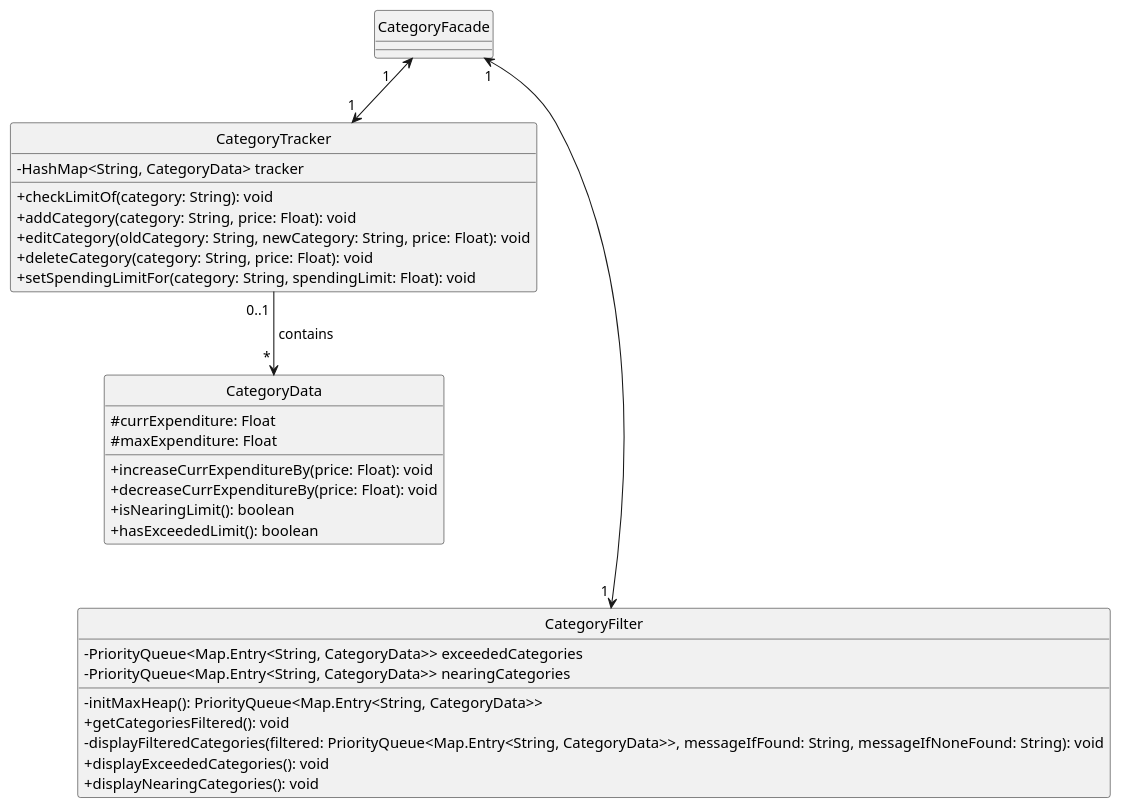
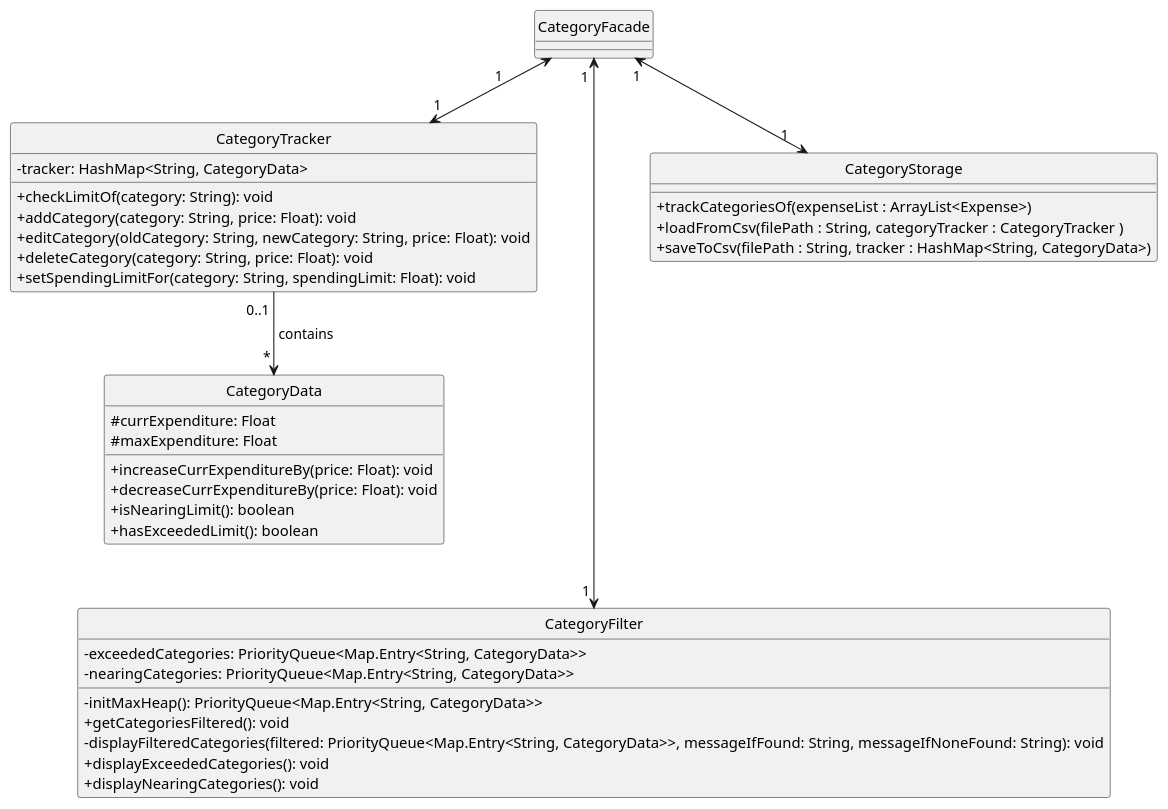
Before and after one commit to nus-cs2113-AY2425S1/tp: the diagram in docs/diagrams/plantuml/CategoryClasses ClassUML.puml, drawn with PlantUML. The commit also changed 1 other file, not shown here.

Commit message:
Update class UML diagram for category package

```diff
--- a/docs/diagrams/plantuml/CategoryClasses ClassUML.puml
+++ b/docs/diagrams/plantuml/CategoryClasses ClassUML.puml
@@ -1,70 +1,81 @@
 @startuml
 skinparam classAttributeIconSize 0
 hide circle
 
 ' class "<<Facade>> \n CategoryFacade" {
 class CategoryFacade {
-'    # categoryTracker : CategoryTracker
-'    # categoryFilter : CategoryFilter
-'    # categoryStorage : CategoryStorage
+'    # categoryTracker: CategoryTracker
+'    # categoryFilter: CategoryFilter
+'    # categoryStorage: CategoryStorage
 
 '    + CategoryFacade()
 '    + getCategoryTracker(): CategoryTracker
 '    + addCategory(category: String, price: float) : void
 '    + deleteCategory(category: String, price: Float) : void
 '    + editCategory(oldCategory: String, newCategory: String, price: float) : void
 '    + loadCategoryInfo(expenseList: ExpenseList) : void
 '    + displayFilteredCategories() : void
 '    + saveCategoryInfo() : void
 '    + setCategorySpendingLimit(category: String, limit: float) : void
 }
 
 class CategoryTracker {
-    - HashMap<String, CategoryData> tracker
+    - tracker: HashMap<String, CategoryData>
+'    - categoryFacade: CategoryFacade
 
 '    + CategoryTracker()
 '    + getTracker(): HashMap<String, CategoryData>
 '    + size(): int
 '    + contains(category: String): boolean
 '    + getCategoryDataOf(category: String): CategoryData
     + checkLimitOf(category: String): void
     + addCategory(category: String, price: Float): void
     + editCategory(oldCategory: String, newCategory: String, price: Float): void
     + deleteCategory(category: String, price: Float): void
     + setSpendingLimitFor(category: String, spendingLimit: Float): void
 }
 
 class CategoryData {
     # currExpenditure: Float
     # maxExpenditure: Float
 
 '    + CategoryData(currExpenditure: Float): CategoryData
 '    + CategoryData(currExpenditure: Float, maxExpenditure: Float): CategoryData
 '    + getCurrExpenditure(): Float
 '    + getMaxExpenditure(): Float
 '    + setCurrExpenditure(currExpenditure: Float): void
 '    + setMaxExpenditure(maxExpenditure: Float): void
     + increaseCurrExpenditureBy(price: Float): void
     + decreaseCurrExpenditureBy(price: Float): void
     + isNearingLimit(): boolean
     + hasExceededLimit(): boolean
 }
 
 class CategoryFilter {
-'    - CategoryFacade categoryFacade
-    - PriorityQueue<Map.Entry<String, CategoryData>> exceededCategories
-    - PriorityQueue<Map.Entry<String, CategoryData>> nearingCategories
+'    - categoryFacade : CategoryFacade
+    - exceededCategories: PriorityQueue<Map.Entry<String, CategoryData>>
+    - nearingCategories: PriorityQueue<Map.Entry<String, CategoryData>>
 
 '    + setCategoryFacade(categoryFacade: CategoryFacade): void
     - initMaxHeap(): PriorityQueue<Map.Entry<String, CategoryData>>
     + getCategoriesFiltered(): void
     - displayFilteredCategories(filtered: PriorityQueue<Map.Entry<String, CategoryData>>, messageIfFound: String, messageIfNoneFound: String): void
     + displayExceededCategories(): void
     + displayNearingCategories(): void
 }
 
-CategoryFacade " 1    " <-d-> " 1 " CategoryTracker
+class CategoryStorage {
+'    - categoryFacade: CategoryFacade
+
+'    + setCategoryFacade(categoryFacade: CategoryFacade): void
+    + trackCategoriesOf(expenseList : ArrayList<Expense>)
+    + loadFromCsv(filePath : String, categoryTracker : CategoryTracker )
+    + saveToCsv(filePath : String, tracker : HashMap<String, CategoryData>)
+}
+
+CategoryFacade " 1         " <-d-> " 1 " CategoryTracker
 CategoryFacade " 1 " <---d-> " 1 " CategoryFilter
 CategoryTracker " 0..1 " -d-> " * " CategoryData : " contains "
+CategoryFacade " 1 " <-d-> " 1 " CategoryStorage
 
 @enduml
```
